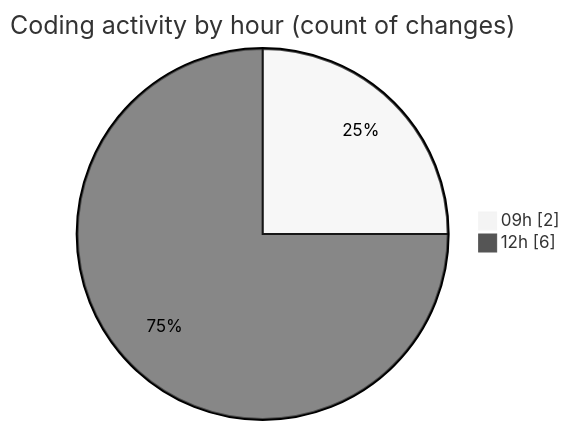
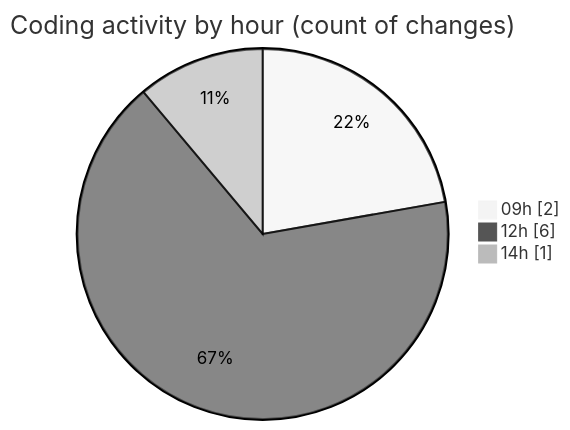
The second of 2 diagrams in 2026-06-16/cinema_3/README.md (igalym/code-tracking), drawn with Mermaid (neutral theme) before and after one commit. The commit also changed other lines of this file and 1 other file, not shown here.

````diff
--- a/2026-06-16/cinema_3/README.md
+++ b/2026-06-16/cinema_3/README.md
@@ -31,6 +32,7 @@
 ```mermaid
 pie showData
 title Coding activity by hour (count of changes)
 "09h" : 2
 "12h" : 6
+"14h" : 1
 ```
````
